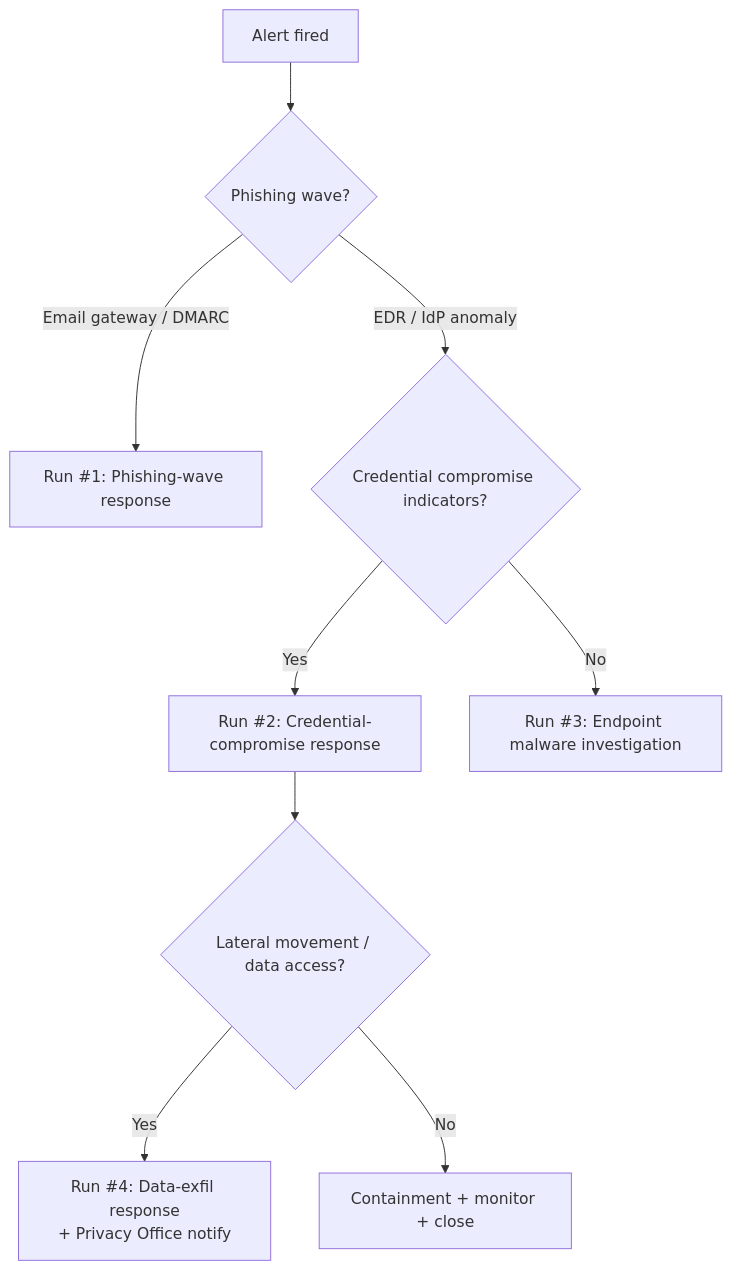
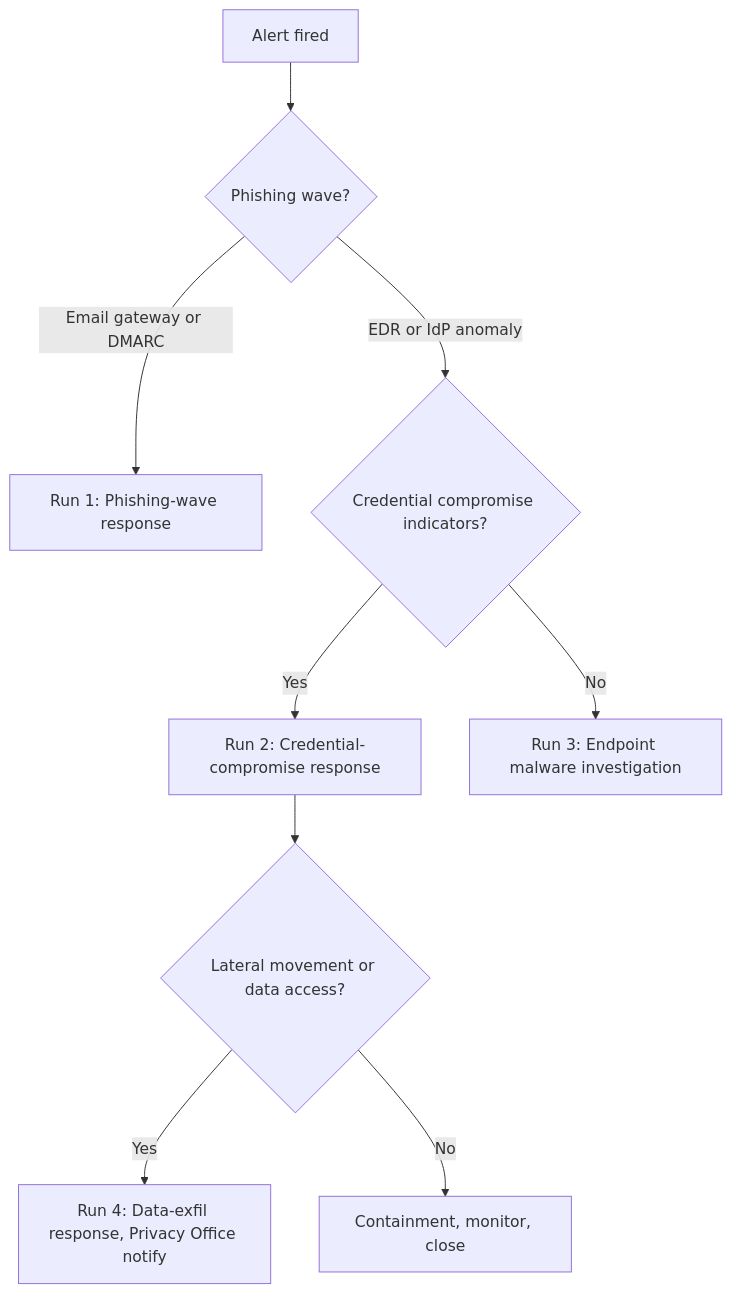
The diagram in Attack Scenario 1/Runbook.md (DhillanC/Thread-Modeling-DCS-CareConnect), drawn with Mermaid before and after one commit. The commit also changed 10 other files, not shown here.

First line of the commit message:
fix: make all Mermaid diagrams compatible with GitHub/VSCode preview parser

````diff
--- a/Attack Scenario 1/Runbook.md
+++ b/Attack Scenario 1/Runbook.md
@@ -45,11 +45,11 @@
 ```mermaid
 flowchart TD
-    A[Alert fired] --> B{Phishing wave?}
-    B -- "Email gateway / DMARC" --> C[Run #1: Phishing-wave response]
-    B -- "EDR / IdP anomaly" --> D{Credential compromise indicators?}
-    D -- "Yes" --> E[Run #2: Credential-compromise response]
-    D -- "No" --> F[Run #3: Endpoint malware investigation]
-    E --> G{Lateral movement / data access?}
-    G -- "Yes" --> H[Run #4: Data-exfil response<br/>+ Privacy Office notify]
-    G -- "No" --> I[Containment + monitor + close]
+    Alert[Alert fired] --> Q1{Phishing wave?}
+    Q1 -->|Email gateway or DMARC| Run1[Run 1: Phishing-wave response]
+    Q1 -->|EDR or IdP anomaly| Q2{Credential compromise indicators?}
+    Q2 -->|Yes| Run2[Run 2: Credential-compromise response]
+    Q2 -->|No| Run3[Run 3: Endpoint malware investigation]
+    Run2 --> Q3{Lateral movement or data access?}
+    Q3 -->|Yes| Run4[Run 4: Data-exfil response, Privacy Office notify]
+    Q3 -->|No| Close[Containment, monitor, close]
 ```
````
